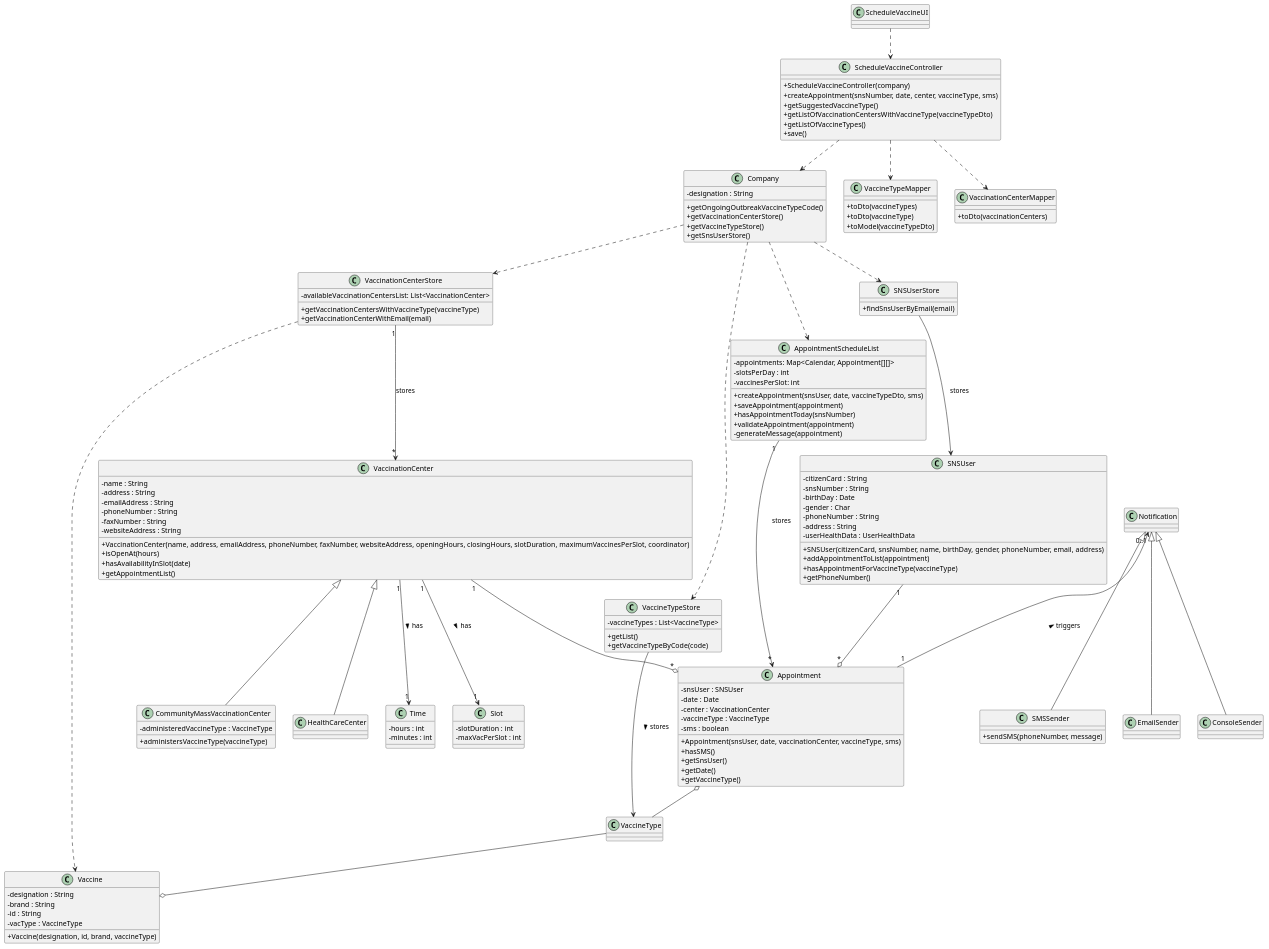
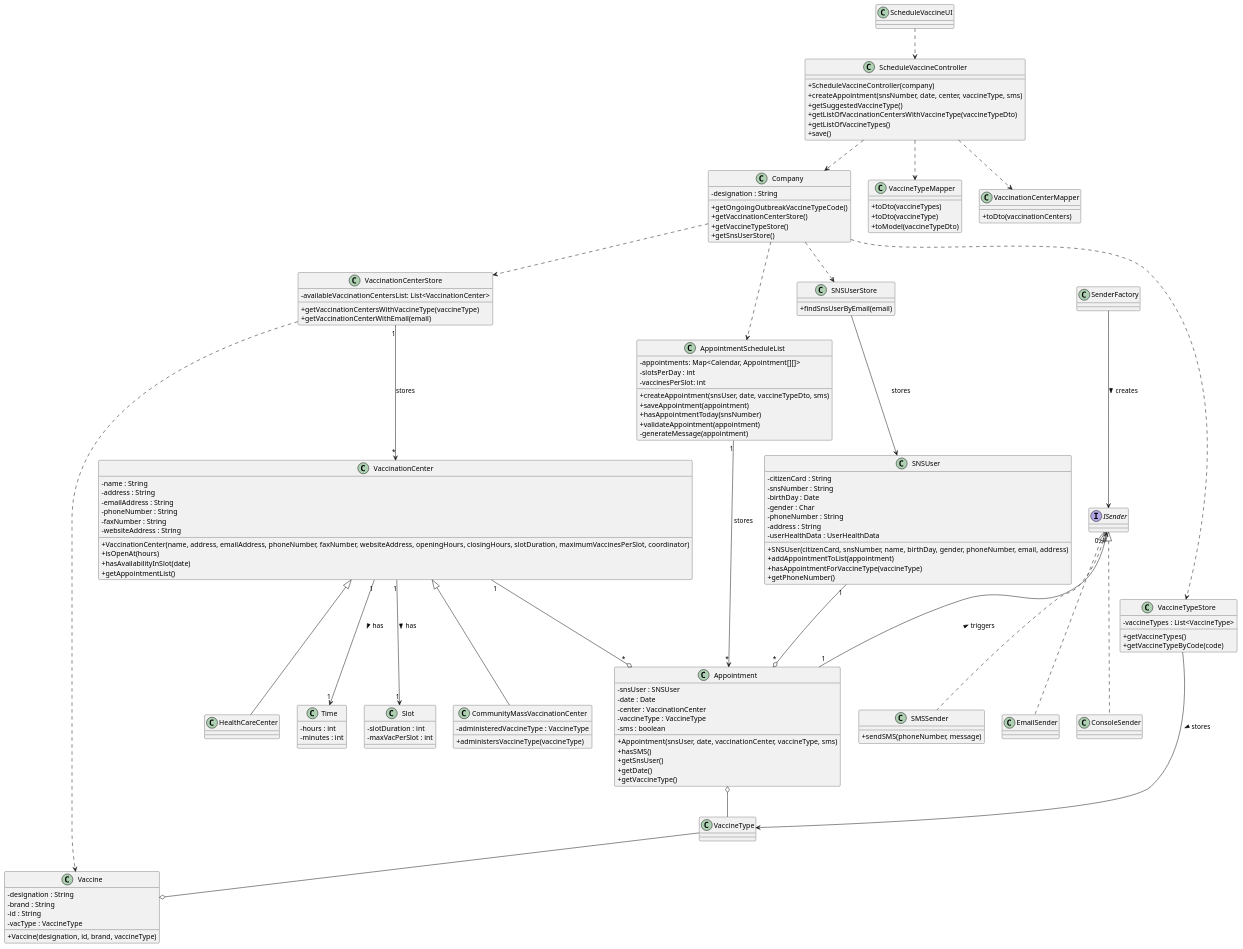
One commit to miseEnPlace-i/lapr2 changed the diagram in docs/SprintC/US01/CD/US01_CD.puml. Above: the diagram before and after it, drawn with PlantUML. The commit also changed 3 other files, not shown here.

```diff
--- a/docs/SprintC/US01/CD/US01_CD.puml
+++ b/docs/SprintC/US01/CD/US01_CD.puml
@@ -1,171 +1,174 @@
 @startuml US01_CD
 skinparam classAttributeIconSize 0
 
 class Appointment {
   - snsUser : SNSUser
   - date : Date
   - center : VaccinationCenter
   - vaccineType : VaccineType
   - sms : boolean
   +Appointment(snsUser, date, vaccinationCenter, vaccineType, sms)
   +hasSMS()
   +getSnsUser()
   +getDate()
   +getVaccineType()
 }
 
 class AppointmentScheduleList {
   -appointments: Map<Calendar, Appointment[][]>
   -slotsPerDay : int
   -vaccinesPerSlot: int
   +createAppointment(snsUser, date, vaccineTypeDto, sms)
   +saveAppointment(appointment)
   +hasAppointmentToday(snsNumber)
   +validateAppointment(appointment)
   -generateMessage(appointment)
 }
 
 class Vaccine   {
   -designation : String
   -brand : String
   -id : String
   -vacType : VaccineType
 
   +Vaccine(designation, id, brand, vaccineType)
 }
 
 class ScheduleVaccineUI {}
 
 class ScheduleVaccineController {
   +ScheduleVaccineController(company)
   +createAppointment(snsNumber, date, center, vaccineType, sms)
   +getSuggestedVaccineType()
   +getListOfVaccinationCentersWithVaccineType(vaccineTypeDto)
   +getListOfVaccineTypes()
   +save()
 }
 
 class Company {
   -designation : String
   +getOngoingOutbreakVaccineTypeCode()
   +getVaccinationCenterStore()
   +getVaccineTypeStore()
   +getSnsUserStore()
 }
 
 class SNSUser {
   -citizenCard : String 
   -snsNumber : String 
   -birthDay : Date 
   -gender : Char
   -phoneNumber : String 
   -address : String
   -userHealthData : UserHealthData
   +SNSUser(citizenCard, snsNumber, name, birthDay, gender, phoneNumber, email, address)
   +addAppointmentToList(appointment)
   +hasAppointmentForVaccineType(vaccineType)
   +getPhoneNumber()
 }
 
 class VaccinationCenter{
   -name : String
   -address : String
   -emailAddress : String
   -phoneNumber : String
   -faxNumber : String
   -websiteAddress : String
   +VaccinationCenter(name, address, emailAddress, phoneNumber, faxNumber, websiteAddress, openingHours, closingHours, slotDuration, maximumVaccinesPerSlot, coordinator)
   +isOpenAt(hours)
   +hasAvailabilityInSlot(date)
   +getAppointmentList()
 }
 
 class Time {
   -hours : int
   -minutes : int
 }
 
 class Slot {
   -slotDuration : int
   -maxVacPerSlot : int
 }
 
 class VaccinationCenterStore {
   -availableVaccinationCentersList: List<VaccinationCenter>
   +getVaccinationCentersWithVaccineType(vaccineType)
   +getVaccinationCenterWithEmail(email)
 }
 
 class VaccineType {}
 
 class VaccineTypeStore {
   -vaccineTypes : List<VaccineType>
-  +getList()
+  +getVaccineTypes()
   +getVaccineTypeByCode(code)
 }
 
 class SMSSender {
   +sendSMS(phoneNumber, message)
 }
 
 class VaccineTypeMapper {
   +toDto(vaccineTypes)
   +toDto(vaccineType)
   +toModel(vaccineTypeDto)
 }
 
 class VaccinationCenterMapper {
   +toDto(vaccinationCenters)
 }
+
+interface ISender {}
 
 class SNSUserStore {
   +findSnsUserByEmail(email)                           
 }
 
 class CommunityMassVaccinationCenter {
   -administeredVaccineType : VaccineType
   +administersVaccineType(vaccineType)
 }
 
 class HealthCareCenter {}
 
 
 ScheduleVaccineUI ..> ScheduleVaccineController
 
 ScheduleVaccineController ..> Company
 ScheduleVaccineController ..> VaccinationCenterMapper
 ScheduleVaccineController ..> VaccineTypeMapper 
 
 Company ..> VaccinationCenterStore
 Company ..> VaccineTypeStore
 Company ..> AppointmentScheduleList
 Company ..> SNSUserStore
 
 VaccinationCenterStore "1" --> "*" VaccinationCenter : stores
 VaccinationCenterStore ..> Vaccine
 
 SNSUser "1" --o "*" Appointment
 
 AppointmentScheduleList "1" --> "*" Appointment : stores
 
 Appointment o-- VaccineType
 
-Notification "0..1" <-- "1" Appointment : triggers <
+ISender "0..1" <-- "1" Appointment : triggers <
 
-Notification <|-- SMSSender
-Notification <|-- EmailSender
-Notification <|-- ConsoleSender
+SenderFactory --> ISender : creates >
+ISender <|.. SMSSender
+ISender <|.. EmailSender
+ISender <|.. ConsoleSender
 
 VaccineType --o Vaccine 
 
 VaccineTypeStore --> VaccineType : stores > 
 
 SNSUserStore --> SNSUser : stores
 
 VaccinationCenter <|-- CommunityMassVaccinationCenter
 VaccinationCenter <|-- HealthCareCenter
 VaccinationCenter "1" --o "*" Appointment
 VaccinationCenter "1" --> "1" Slot : has >
 VaccinationCenter "1" --> "1" Time : has >
 
 @enduml
```
